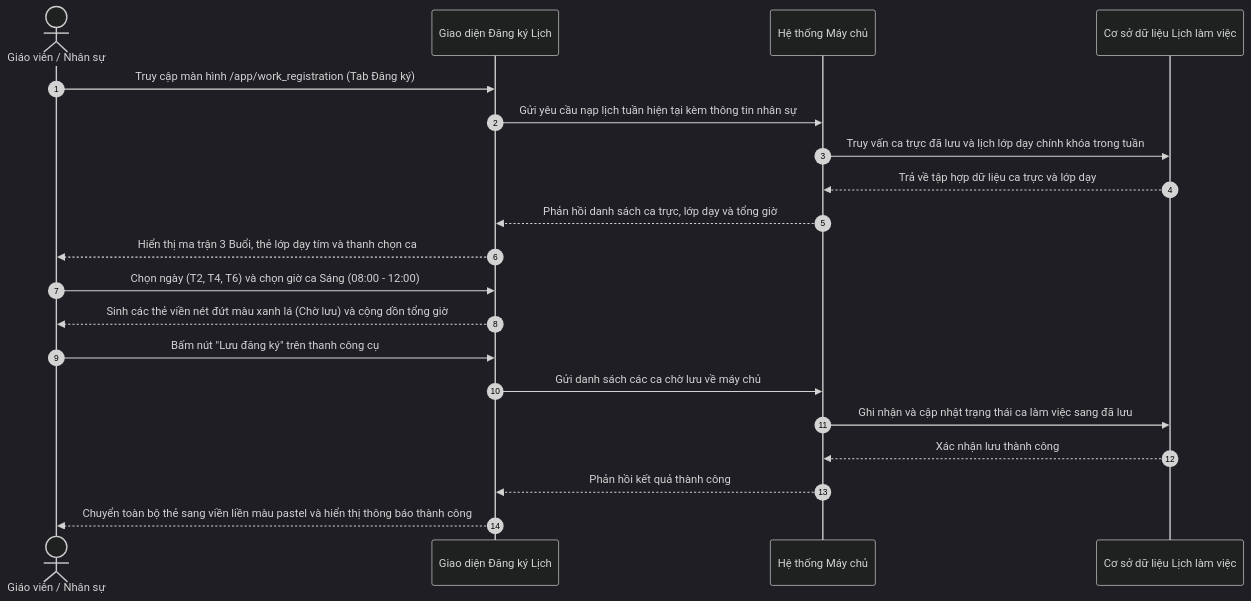
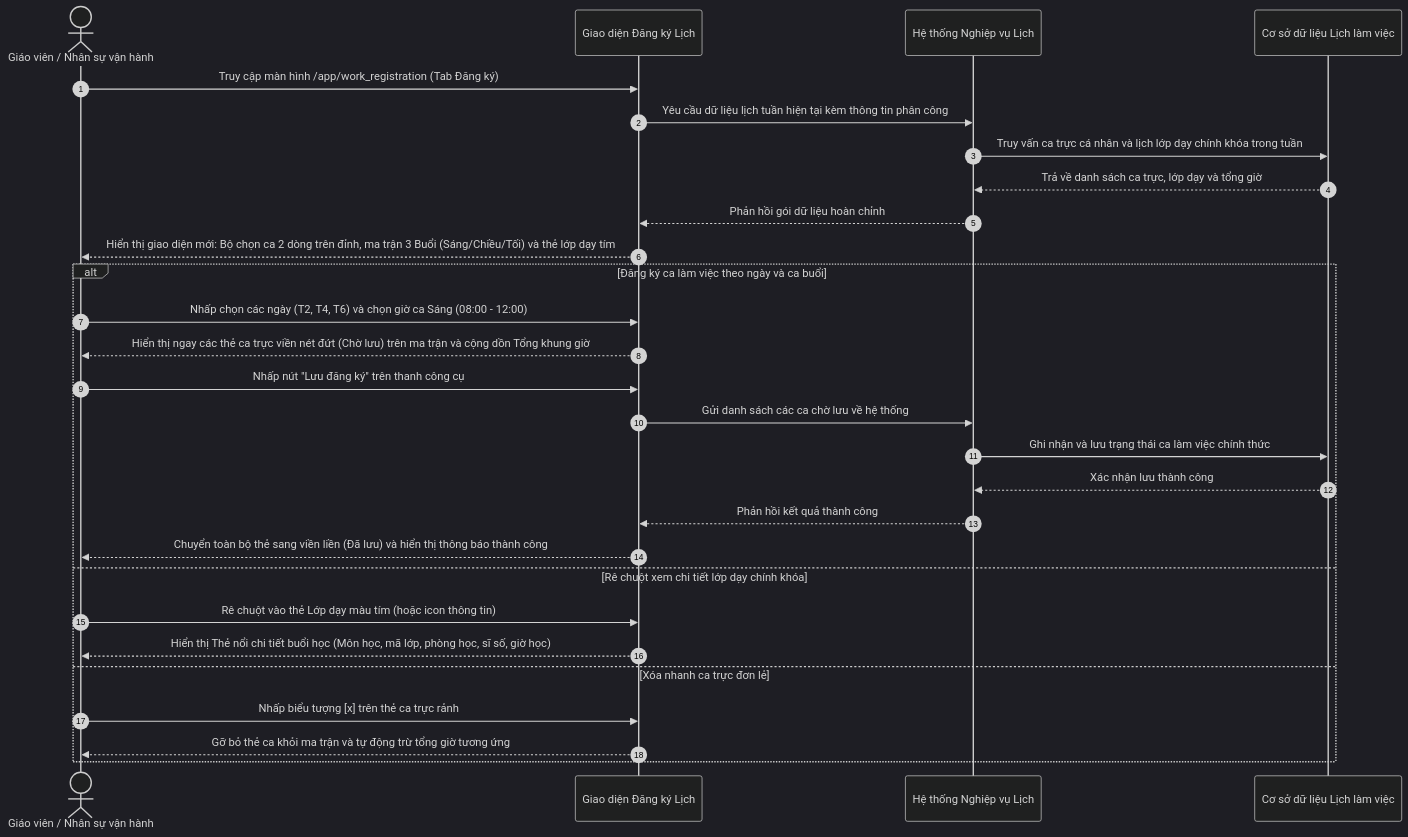
The diagram in docs/00-business/US-HR-02-05-nang-cap-giao-dien-dang-ky-lich-lam-viec.md (Gasyone/rinov5-station), drawn with Mermaid (dark theme) before and after one commit. The commit also changed other lines of this file and 218 other files, not shown here.

Commit message:
Add Daily Check module, Admissions enhancements, YouTube tutorial videos, QC workflow diagram, and upgrade business specs

````diff
--- a/docs/00-business/US-HR-02-05-nang-cap-giao-dien-dang-ky-lich-lam-viec.md
+++ b/docs/00-business/US-HR-02-05-nang-cap-giao-dien-dang-ky-lich-lam-viec.md
@@ -68,25 +64,32 @@
 ```mermaid
 sequenceDiagram
     autonumber
-    actor U as Giáo viên / Nhân sự
+    actor U as Giáo viên / Nhân sự vận hành
     participant F as Giao diện Đăng ký Lịch
-    participant S as Hệ thống Máy chủ
+    participant S as Hệ thống Nghiệp vụ Lịch
     participant DB as Cơ sở dữ liệu Lịch làm việc
 
     U->>F: Truy cập màn hình /app/work_registration (Tab Đăng ký)
-    F->>S: Gửi yêu cầu nạp lịch tuần hiện tại kèm thông tin nhân sự
-    S->>DB: Truy vấn ca trực đã lưu và lịch lớp dạy chính khóa trong tuần
-    DB-->>S: Trả về tập hợp dữ liệu ca trực và lớp dạy
-    S-->>F: Phản hồi danh sách ca trực, lớp dạy và tổng giờ
-    F-->>U: Hiển thị ma trận 3 Buổi, thẻ lớp dạy tím và thanh chọn ca
+    F->>S: Yêu cầu dữ liệu lịch tuần hiện tại kèm thông tin phân công
+    S->>DB: Truy vấn ca trực cá nhân và lịch lớp dạy chính khóa trong tuần
+    DB-->>S: Trả về danh sách ca trực, lớp dạy và tổng giờ
+    S-->>F: Phản hồi gói dữ liệu hoàn chỉnh
+    F-->>U: Hiển thị giao diện mới: Bộ chọn ca 2 dòng trên đỉnh, ma trận 3 Buổi (Sáng/Chiều/Tối) và thẻ lớp dạy tím
 
-    U->>F: Chọn ngày (T2, T4, T6) và chọn giờ ca Sáng (08:00 - 12:00)
-    F-->>U: Sinh các thẻ viền nét đứt màu xanh lá (Chờ lưu) và cộng dồn tổng giờ
-
-    U->>F: Bấm nút "Lưu đăng ký" trên thanh công cụ
-    F->>S: Gửi danh sách các ca chờ lưu về máy chủ
-    S->>DB: Ghi nhận và cập nhật trạng thái ca làm việc sang đã lưu
-    DB-->>S: Xác nhận lưu thành công
-    S-->>F: Phản hồi kết quả thành công
-    F-->>U: Chuyển toàn bộ thẻ sang viền liền màu pastel và hiển thị thông báo thành công
+    alt Đăng ký ca làm việc theo ngày và ca buổi
+        U->>F: Nhấp chọn các ngày (T2, T4, T6) và chọn giờ ca Sáng (08:00 - 12:00)
+        F-->>U: Hiển thị ngay các thẻ ca trực viền nét đứt (Chờ lưu) trên ma trận và cộng dồn Tổng khung giờ
+        U->>F: Nhấp nút "Lưu đăng ký" trên thanh công cụ
+        F->>S: Gửi danh sách các ca chờ lưu về hệ thống
+        S->>DB: Ghi nhận và lưu trạng thái ca làm việc chính thức
+        DB-->>S: Xác nhận lưu thành công
+        S-->>F: Phản hồi kết quả thành công
+        F-->>U: Chuyển toàn bộ thẻ sang viền liền (Đã lưu) và hiển thị thông báo thành công
+    else Rê chuột xem chi tiết lớp dạy chính khóa
+        U->>F: Rê chuột vào thẻ Lớp dạy màu tím (hoặc icon thông tin)
+        F-->>U: Hiển thị Thẻ nổi chi tiết buổi học (Môn học, mã lớp, phòng học, sĩ số, giờ học)
+    else Xóa nhanh ca trực đơn lẻ
+        U->>F: Nhấp biểu tượng [x] trên thẻ ca trực rảnh
+        F-->>U: Gỡ bỏ thẻ ca khỏi ma trận và tự động trừ tổng giờ tương ứng
+    end
 ```
````
